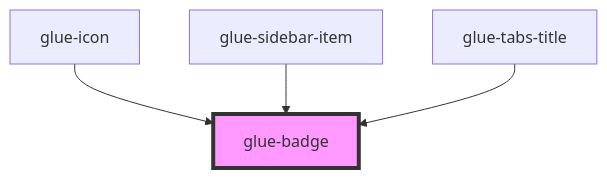
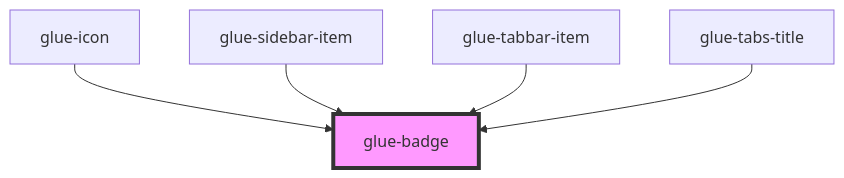
One commit to grasilife/glue changed the diagram in packages/glue-components/src/components/glue-badge/readme.md. Above: the diagram before and after it, drawn with Mermaid. The commit also changed other lines of this file and 29 other files, not shown here.

Commit message:
完善Icon 图标文档

````diff
--- a/packages/glue-components/src/components/glue-badge/readme.md
+++ b/packages/glue-components/src/components/glue-badge/readme.md
@@ -29,7 +30,8 @@
 ```mermaid
 graph TD;
   glue-icon --> glue-badge
   glue-sidebar-item --> glue-badge
+  glue-tabbar-item --> glue-badge
   glue-tabs-title --> glue-badge
   style glue-badge fill:#f9f,stroke:#333,stroke-width:4px
 ```
````
